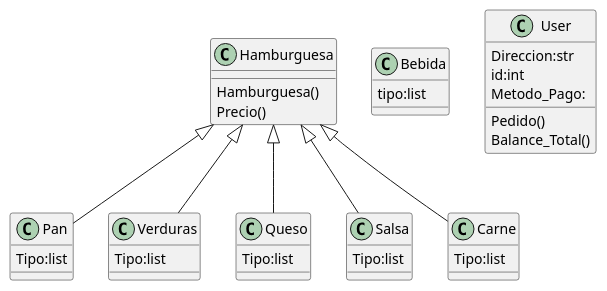
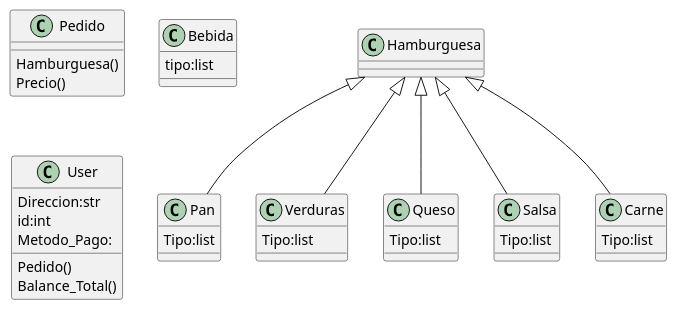
The diagram in hamburguesasuml.puml (jgayon/OOPProyectFinal), drawn with PlantUML before and after one commit. The commit also changed 3 other files, not shown here.

```diff
--- a/hamburguesasuml.puml
+++ b/hamburguesasuml.puml
@@ -1,42 +1,42 @@
 @startuml TiendaHamburgesas
 
 class Pan{
 Tipo:list
 }
 class Verduras{
 Tipo:list
 }
 class Queso{
 Tipo:list
 }
 class Salsa{
 Tipo:list
 }
 
-class Hamburguesa{
+class Pedido{
 Hamburguesa()
 Precio()
 }
 
 class Carne{
 Tipo:list
 }
 
 class Bebida{
 tipo:list
 }
 
 class User{
 Direccion:str
 id:int
 Metodo_Pago:
 Pedido()
 Balance_Total()
 }
 
 Hamburguesa <|-- Carne
 Hamburguesa <|-- Queso
 Hamburguesa <|-- Verduras
 Hamburguesa <|-- Pan
 Hamburguesa <|-- Salsa
 @enduml 
```
